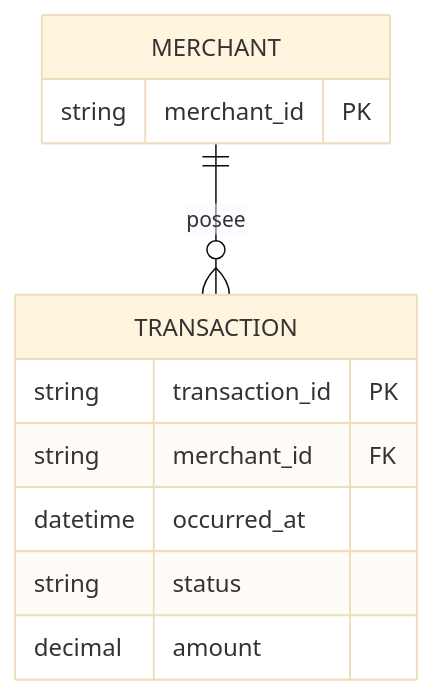
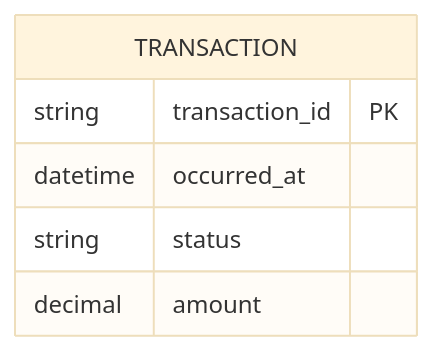
One commit to instituto-cird/ia-dev-template changed the diagram in docs/architecture/diagrams/erd.md. Above: the diagram before and after it, drawn with Mermaid (base theme). The commit also changed other lines of this file and 1 other file, not shown here.

Commit message:
add audited ERD

````diff
--- a/docs/architecture/diagrams/erd.md
+++ b/docs/architecture/diagrams/erd.md
@@ -3,15 +4,9 @@
 ```mermaid
 erDiagram
-    MERCHANT ||--o{ TRANSACTION : "posee"
-    MERCHANT {
-        string merchant_id PK
-    }
-
     TRANSACTION {
         string transaction_id PK
-        string merchant_id FK
         datetime occurred_at
         string status
         decimal amount
     }
 ```
````
